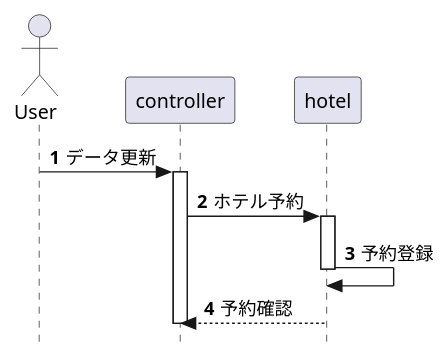
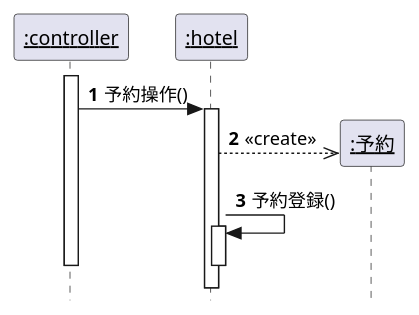
One commit to minowa-s/uml-intro changed the diagram in 演習/演習4-3_SD_データ更新コントローラとホテルと予約.pu. Above: the diagram before and after it, drawn with PlantUML.

Commit message:
編集

```diff
--- a/演習/演習4-3_SD_データ更新コントローラとホテルと予約.pu
+++ b/演習/演習4-3_SD_データ更新コントローラとホテルと予約.pu
@@ -1,17 +1,19 @@
 @startuml 演習4-3
-actor User
 hide footbox
  'メッセージに自動で番号を降る
  autonumber
  ' 厳密なUMLに準拠する
 skinparam style strictuml
-User -> controller: データ更新
-activate controller
-controller -> hotel: ホテル予約
-activate hotel
-hotel -> hotel: 予約登録
-deactivate hotel
-controller <-- hotel: 予約確認
-deactivate controller
 
+participant "<u>:controller" as ct
+participant "<u>:hotel" as ht
+activate ct
+    ct -> ht:予約操作()
+activate ht
+    create "<u>:予約" as yo
+    ht -->> yo :<<create>>
+    ht -> ht:予約登録()
+    activate ht
+deactivate ct
+deactivate ht
 @enduml
```
